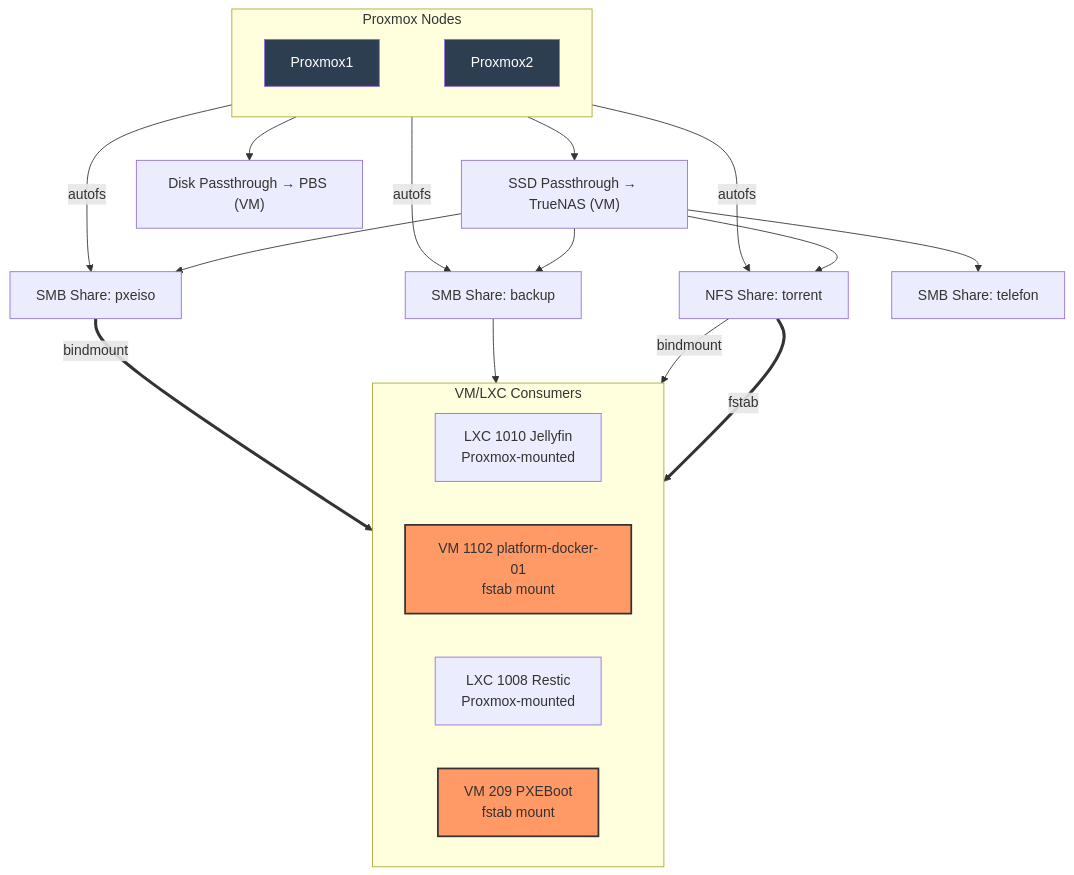
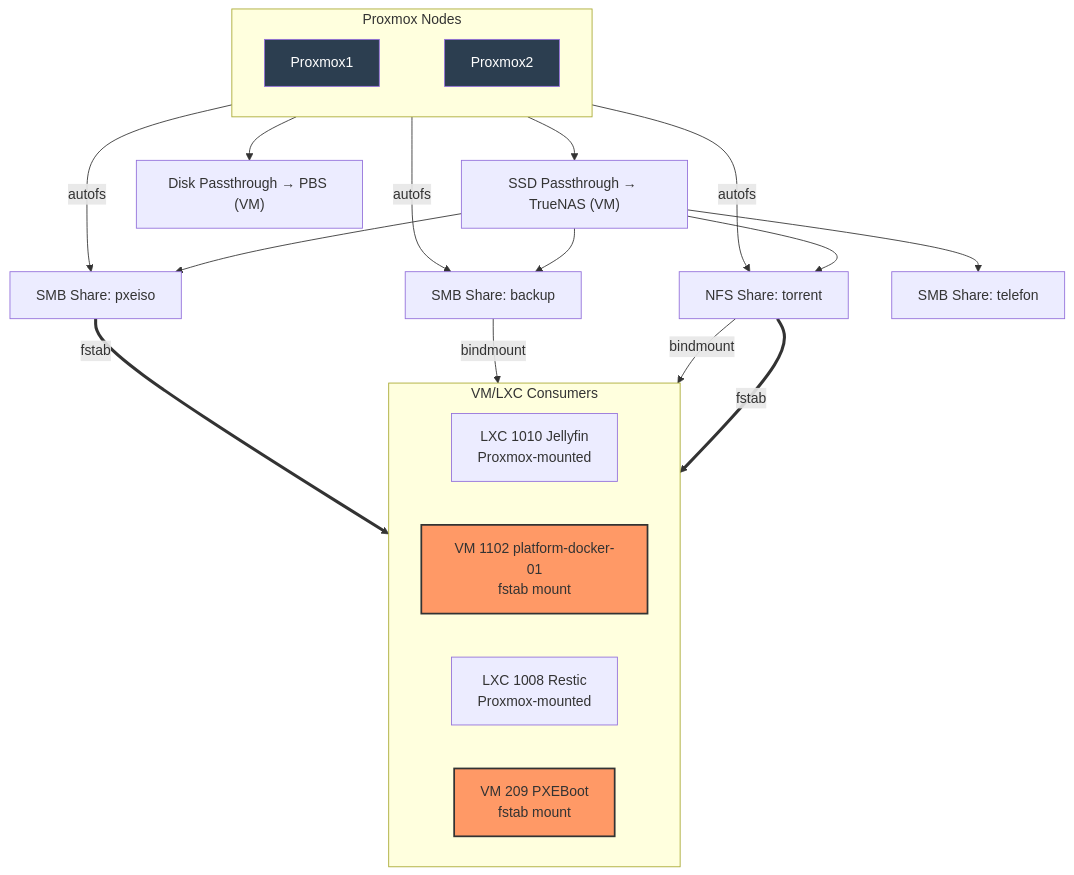
The first of 2 diagrams in 13-Design_Decisions/README_HU.md (torokrolf/homelab), drawn with Mermaid before and after one commit.

````diff
--- a/13-Design_Decisions/README_HU.md
+++ b/13-Design_Decisions/README_HU.md
@@ -56,54 +56,54 @@
 ```mermaid
 flowchart TB
     %% Smooth lines
     linkStyle default interpolate basis
 
     %% Top row: Forced order with Proxmox1 first
     subgraph PROXMOX["Proxmox Nodes"]
         direction LR
         PVE1["Proxmox1"]
         PVE2["Proxmox2"]
         %% Invisible link to force ordering
         PVE1 ~~~ PVE2
     end
 
     %% Passthrough disks going directly to VMs (middle layer)
     SSD_TRUENAS["SSD Passthrough → TrueNAS (VM)"]
     SSD_PBS["Disk Passthrough → PBS (VM)"]
 
     %% Passthrough connections (PVE2-höz kötve)
     PVE2 --> SSD_TRUENAS
     PVE2 --> SSD_PBS
 
     %% TrueNAS storage exports
     SSD_TRUENAS --> NFS["NFS Share: torrent"]
     SSD_TRUENAS --> SMB1["SMB Share: backup"]
     SSD_TRUENAS --> SMB2["SMB Share: pxeiso"]
     SSD_TRUENAS --> SMB3["SMB Share: telefon"]
 
     %% Proxmox1 mounts with autofs (telefon nélkül)
     PVE1 -- "autofs" --> NFS
     PVE1 -- "autofs" --> SMB1
     PVE1 -- "autofs" --> SMB2
 
     %% Consumers (bottom row)
     subgraph CONSUMERS["VM/LXC Consumers"]
         direction LR
         JELLY["LXC 1010 Jellyfin\nProxmox-mounted"]
         DOCKER["VM 1102 platform-docker-01\nfstab mount"]
         RESTIC["LXC 1008 Restic\nProxmox-mounted"]
         PXEVM["VM 209 PXEBoot\nfstab mount"]
     end
 
     %% Storage → Consumers connections
     NFS ==>|fstab| DOCKER
     NFS -- "bindmount" --> JELLY
-    SMB1 --> RESTIC
-    SMB2 ==>|bindmount| PXEVM
+    SMB1 -- "bindmount" --> RESTIC
+    SMB2 ==>|fstab| PXEVM
     
     %% Styling
     classDef fstab fill:#f96,stroke:#333,stroke-width:2px;
     class DOCKER,PXEVM fstab;
     classDef pve fill:#2c3e50,color:#fff;
     class PVE1,PVE2 pve;
 ```
````
